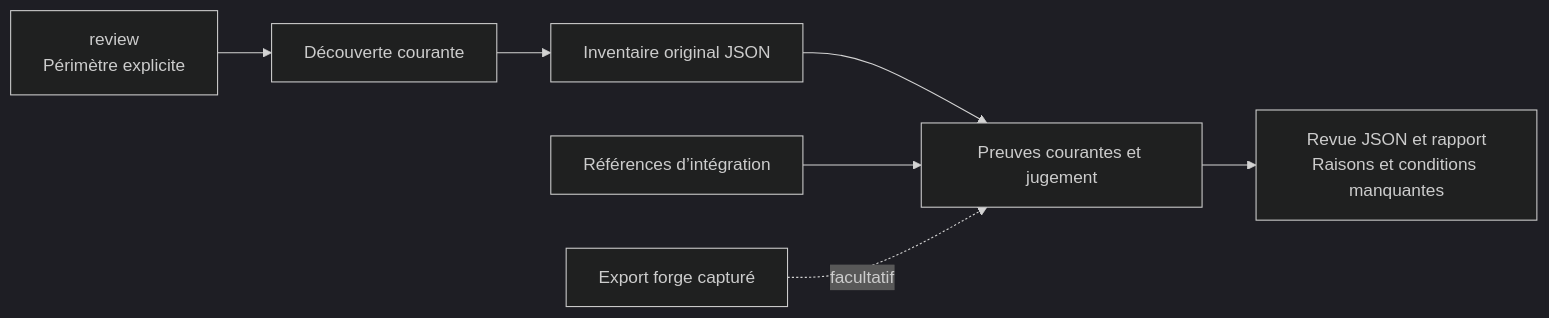
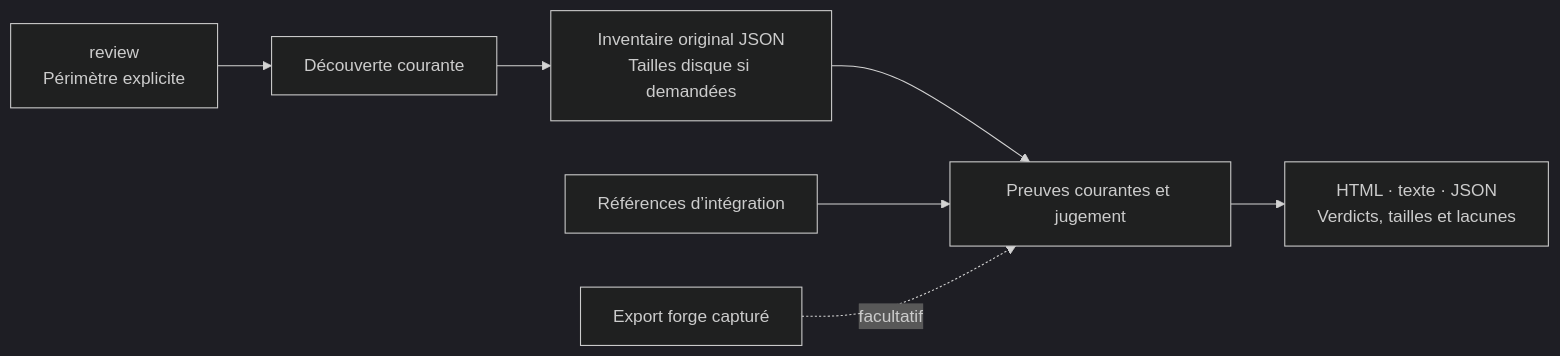
Before and after one commit to FlorianBruniaux/wt-sweep: the first of 2 diagrams in README.fr.md, drawn with Mermaid (dark theme). The commit also changed other lines of this file and 25 other files, not shown here.

````diff
--- a/README.fr.md
+++ b/README.fr.md
@@ -212,9 +248,9 @@
 ```mermaid
 flowchart LR
     Review["review<br/>Périmètre explicite"] --> Scan["Découverte courante"]
-    Scan --> Inventory["Inventaire original JSON"]
+    Scan --> Inventory["Inventaire original JSON<br/>Tailles disque si demandées"]
     Inventory --> Plan["Preuves courantes et jugement"]
     Targets["Références d’intégration"] --> Plan
     Forge["Export forge capturé"] -. facultatif .-> Plan
-    Plan --> Report["Revue JSON et rapport<br/>Raisons et conditions manquantes"]
+    Plan --> Report["HTML · texte · JSON<br/>Verdicts, tailles et lacunes"]
 ```
````
